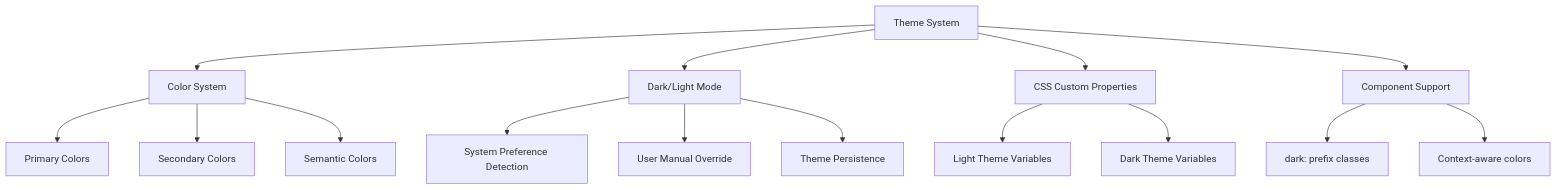
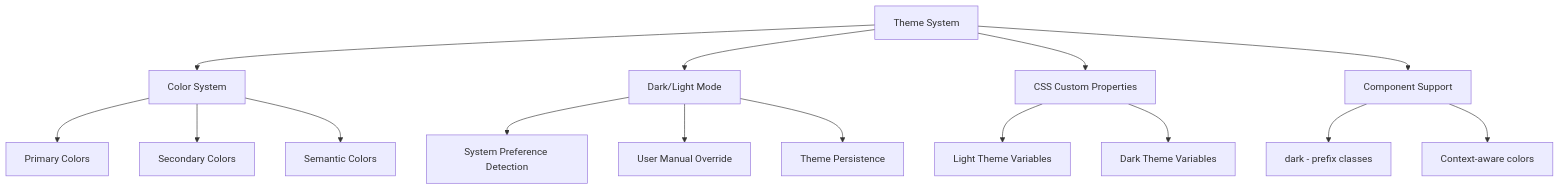
One commit to ta28nov/LEARNING-AI changed diagram 31 of 32 in USER_FLOW.md. Above: the diagram before and after it, drawn with Mermaid. The commit also changed other lines of this file, not shown here.

Commit message:
chỉnh sửa diagrams trong files không còn hiển thị lỗi Unable to render rich display

````diff
--- a/USER_FLOW.md
+++ b/USER_FLOW.md
@@ -1882,20 +1882,20 @@
 ```mermaid
 graph TB
     THEME[Theme System] --> COLOR_SYSTEM[Color System]
     COLOR_SYSTEM --> PRIMARY[Primary Colors]
     COLOR_SYSTEM --> SECONDARY[Secondary Colors]
     COLOR_SYSTEM --> SEMANTIC[Semantic Colors]
     
     THEME --> MODE_TOGGLE[Dark/Light Mode]
     MODE_TOGGLE --> SYSTEM_PREFERENCE[System Preference Detection]
     MODE_TOGGLE --> USER_OVERRIDE[User Manual Override]
     MODE_TOGGLE --> PERSISTENCE[Theme Persistence]
     
     THEME --> CSS_VARIABLES[CSS Custom Properties]
     CSS_VARIABLES --> LIGHT_THEME[Light Theme Variables]
     CSS_VARIABLES --> DARK_THEME[Dark Theme Variables]
     
     THEME --> COMPONENT_SUPPORT[Component Support]
-    COMPONENT_SUPPORT --> DARK_CLASSES[dark: prefix classes]
+    COMPONENT_SUPPORT --> DARK_CLASSES[dark - prefix classes]
     COMPONENT_SUPPORT --> ADAPTIVE_COLORS[Context-aware colors]
 ```
````
